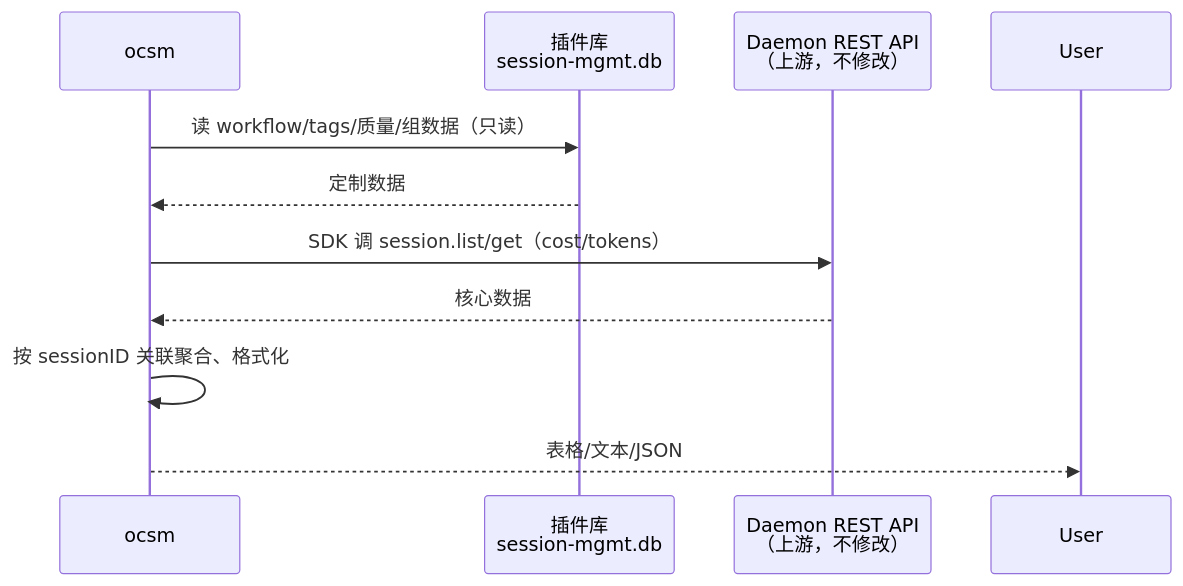
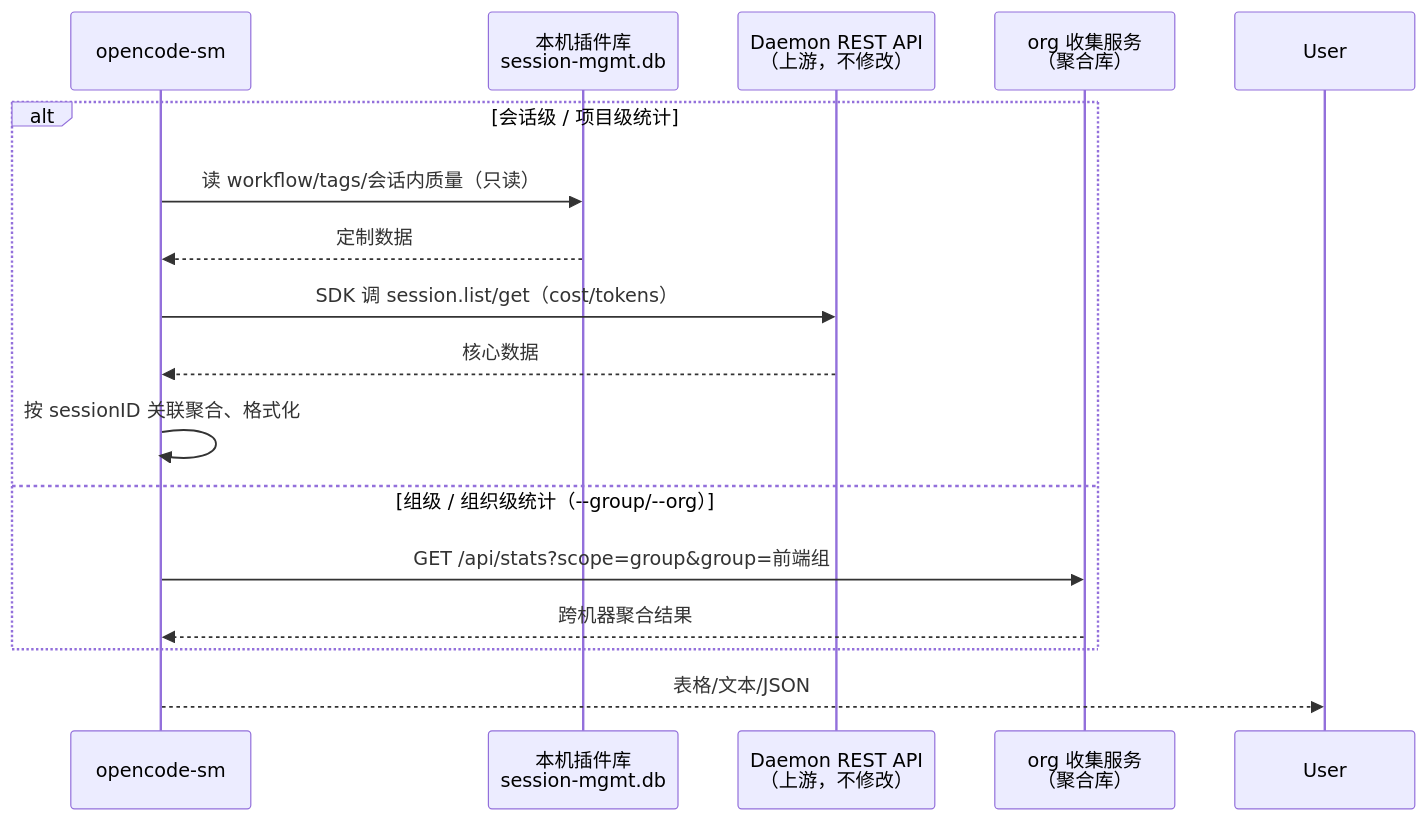
Diagram 11 of 14 in specs/customize/session-management.md (wonglaitung/opencode), drawn with Mermaid before and after one commit. The commit also changed other lines of this file, not shown here.

First line of the commit message:
docs(session-management): 改名 opencode-sm，改为自助 init + org 级收集汇聚模型

````diff
--- a/specs/customize/session-management.md
+++ b/specs/customize/session-management.md
@@ -740,13 +766,19 @@
 ```mermaid
 sequenceDiagram
-    participant CLI as ocsm
-    participant PDB as 插件库<br/>session-mgmt.db
+    participant CLI as opencode-sm
+    participant PDB as 本机插件库<br/>session-mgmt.db
     participant Daemon as Daemon REST API<br/>（上游，不修改）
+    participant Collector as org 收集服务<br/>（聚合库）
 
-    CLI->>PDB: 读 workflow/tags/质量/组数据（只读）
-    PDB-->>CLI: 定制数据
-    CLI->>Daemon: SDK 调 session.list/get（cost/tokens）
-    Daemon-->>CLI: 核心数据
-    CLI->>CLI: 按 sessionID 关联聚合、格式化
+    alt 会话级 / 项目级统计
+        CLI->>PDB: 读 workflow/tags/会话内质量（只读）
+        PDB-->>CLI: 定制数据
+        CLI->>Daemon: SDK 调 session.list/get（cost/tokens）
+        Daemon-->>CLI: 核心数据
+        CLI->>CLI: 按 sessionID 关联聚合、格式化
+    else 组级 / 组织级统计（--group/--org）
+        CLI->>Collector: GET /api/stats?scope=group&group=前端组
+        Collector-->>CLI: 跨机器聚合结果
+    end
     CLI-->>User: 表格/文本/JSON
 ```
````
